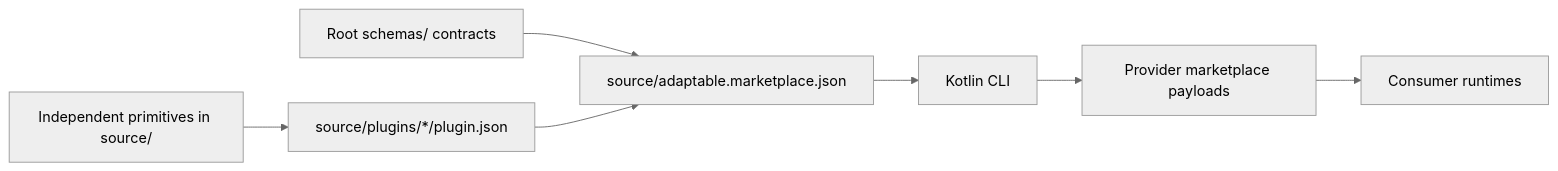
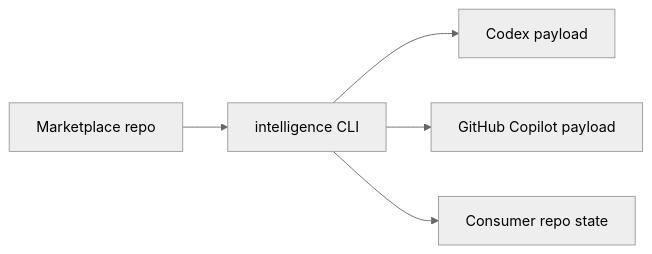
The diagram in docs/index.md (amichne/intelligence), drawn with Mermaid (neutral theme) before and after one commit. The commit also changed other lines of this file and 787 other files, not shown here.

Commit message:
chore: move marketplace source to slopsentral

````diff
--- a/docs/index.md
+++ b/docs/index.md
@@ -8,13 +7,13 @@
 ```mermaid
 flowchart LR
-  primitive[Independent primitives in source/]
-  plugin[source/plugins/*/plugin.json]
-  schemas[Root schemas/ contracts]
-  marketplace[source/adaptable.marketplace.json]
-  cli[Kotlin CLI]
-  output[Provider marketplace payloads]
-  runtime[Consumer runtimes]
+  Source[Marketplace repo]
+  CLI[intelligence CLI]
+  Codex[Codex payload]
+  Github[GitHub Copilot payload]
+  Consumer[Consumer repo state]
 
-  schemas --> marketplace
-  primitive --> plugin --> marketplace --> cli --> output --> runtime
+  Source --> CLI
+  CLI --> Codex
+  CLI --> Github
+  CLI --> Consumer
 ```
````
